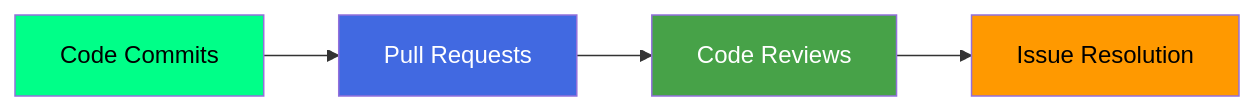
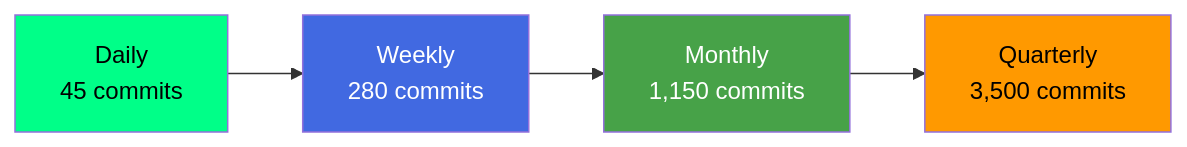
One commit to mentech93/mentech93 changed the first of 19 diagrams in README.md. Above: the diagram before and after it, drawn with Mermaid. The commit also changed other lines of this file, not shown here.

````diff
--- a/README.md
+++ b/README.md
@@ -103,11 +111,11 @@
 ```mermaid
 graph LR
-    A[Code Commits] --> B[Pull Requests]
-    B --> C[Code Reviews]
-    C --> D[Issue Resolution]
+    A[Daily<br/>45 commits] --> B[Weekly<br/>280 commits]
+    B --> C[Monthly<br/>1,150 commits]
+    C --> D[Quarterly<br/>3,500 commits]
     
     style A fill:#00ff88,color:#000
     style B fill:#4169E1,color:#fff
     style C fill:#47A248,color:#fff
     style D fill:#FF9900,color:#000
 ```
````
